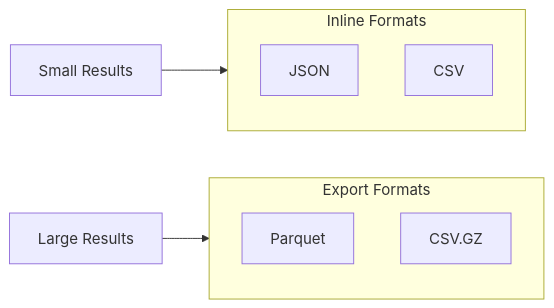
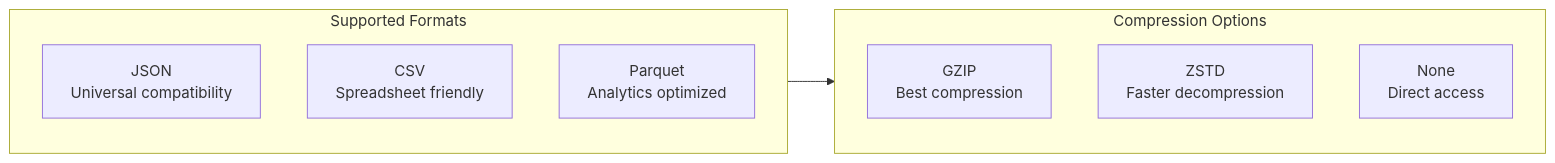
Before and after one commit to zhiweio/redshift-spectra: the sixth of 10 diagrams in docs/concepts/data-delivery.md, drawn with Mermaid. The commit also changed other lines of this file and 15 other files, not shown here.

````diff
--- a/docs/concepts/data-delivery.md
+++ b/docs/concepts/data-delivery.md
@@ -68,15 +137,20 @@
 ```mermaid
 flowchart LR
-    subgraph Inline["Inline Formats"]
-        JSON[JSON]
-        CSV_INLINE[CSV]
+    subgraph Formats["Supported Formats"]
+        direction TB
+        
+        JSON["JSON<br/>Universal compatibility"]
+        CSV["CSV<br/>Spreadsheet friendly"]
+        PARQUET["Parquet<br/>Analytics optimized"]
     end
     
-    subgraph Export["Export Formats"]
-        PARQUET[Parquet]
-        CSV_S3[CSV.GZ]
+    subgraph Compression["Compression Options"]
+        direction TB
+        
+        GZIP["GZIP<br/>Best compression"]
+        ZSTD["ZSTD<br/>Faster decompression"]
+        NONE["None<br/>Direct access"]
     end
     
-    SMALL["Small Results"] --> Inline
-    LARGE["Large Results"] --> Export
+    Formats --> Compression
 ```
````
